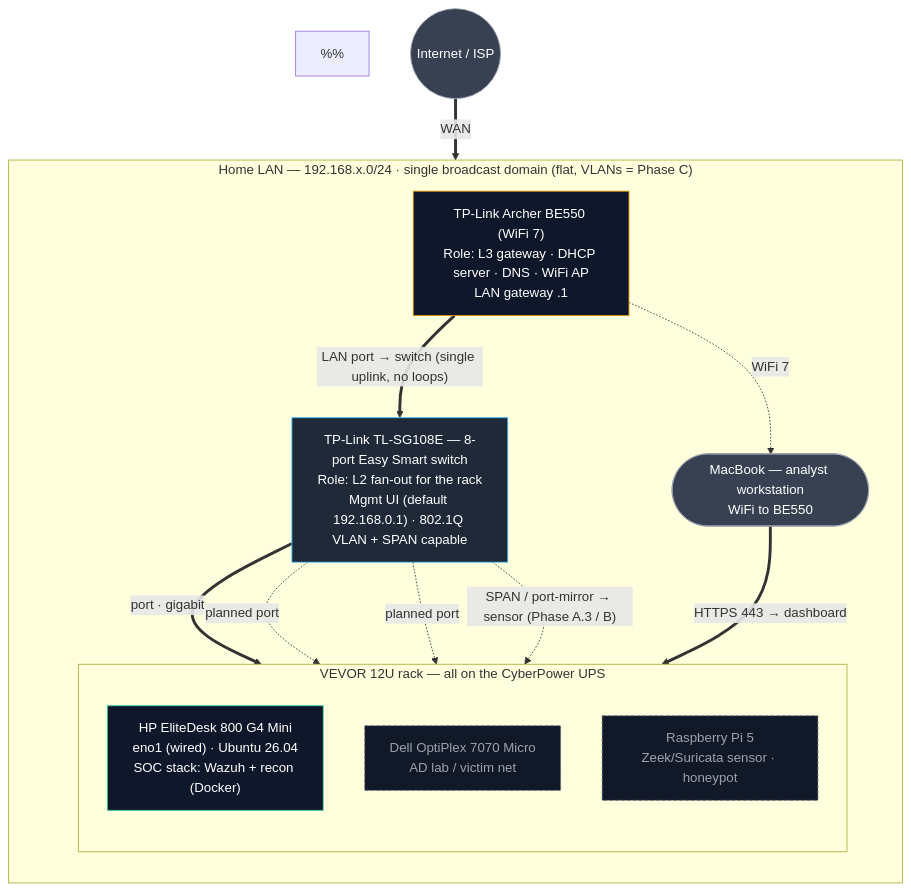
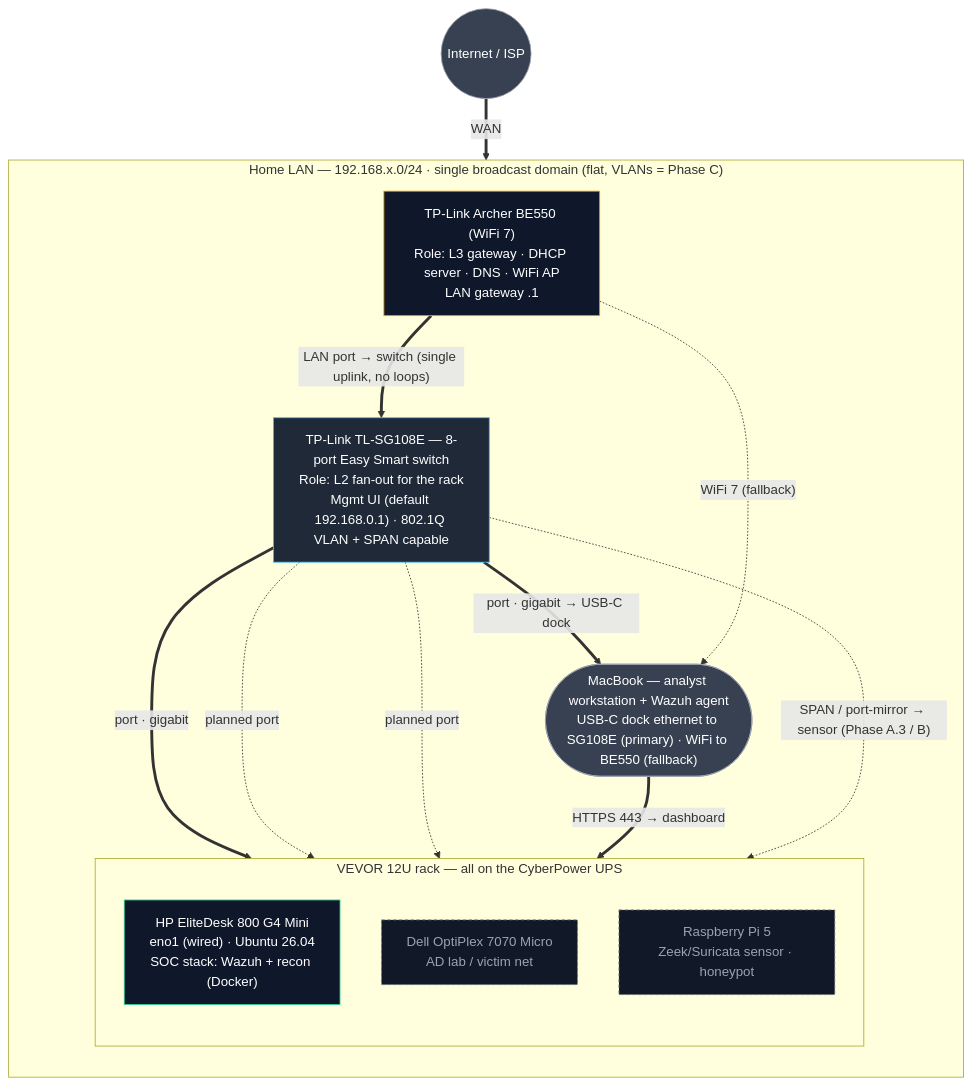
The diagram in phase-a-foundation/network-topology.mmd (ktalons/talonsoclab), drawn with Mermaid before and after one commit.

Commit message:
docs: MacBook wired into the SG108E via dock ethernet
The analyst workstation was WiFi-only to the BE550. A USB-C dock ethernet
run now lands it on a switch port, and macOS service order puts that
interface above WiFi, so it holds the default route with WiFi idle as
fallback.

Diagram changes: solid gigabit edge Switch -> Mac, WiFi demoted to a
dashed fallback edge, Mac node labelled as a Wazuh agent. Legend now
says dashed covers wireless as well as planned, which is what it already
meant for the WiFi edge.

No Wazuh work was needed. Agent 003 is registered `any` and the manager
runs use_source_ip: no, so the address change is transparent -- verified
Active with a current keep-alive and the phase-a-macos shared hash
intact.

Also drops a bare `%%` line that mermaid was parsing as a node rather
than a comment, drawing an empty box in the rendered output.

```diff
--- a/phase-a-foundation/network-topology.mmd
+++ b/phase-a-foundation/network-topology.mmd
@@ -1,48 +1,48 @@
 flowchart TB
 %% TalonSocLab — Physical / L2 network topology (home-lab edition)
 %% Companion to architecture.mmd (which is the *container* topology).
 %% This diagram is the WIRING: what plugs into what, and at which layer.
-%%
-%% Legend: solid = wired now · dashed = planned (Dell AD lab, Pi sensor, SPAN, VLANs)
+%% Legend: solid = wired now · dashed = planned (Dell AD lab, Pi sensor, SPAN, VLANs) or wireless
 %% Gateway/DHCP/DNS all live on the BE550 (L3). The SG108E is L2 fan-out.
 
     Internet((Internet / ISP))
 
     subgraph LAN["Home LAN — 192.168.x.0/24 · single broadcast domain (flat, VLANs = Phase C)"]
         direction TB
 
         Router["TP-Link Archer BE550 (WiFi 7)<br/>Role: L3 gateway · DHCP server · DNS · WiFi AP<br/>LAN gateway .1"]
 
         Switch["TP-Link TL-SG108E — 8-port Easy Smart switch<br/>Role: L2 fan-out for the rack<br/>Mgmt UI (default 192.168.0.1) · 802.1Q VLAN + SPAN capable"]
 
         subgraph Rack["VEVOR 12U rack — all on the CyberPower UPS"]
             direction TB
             Elite["HP EliteDesk 800 G4 Mini<br/>eno1 (wired) · Ubuntu 26.04<br/>SOC stack: Wazuh + recon (Docker)"]
             Dell["Dell OptiPlex 7070 Micro<br/>AD lab / victim net"]
             Pi["Raspberry Pi 5<br/>Zeek/Suricata sensor · honeypot"]
         end
 
-        Mac(["MacBook — analyst workstation<br/>WiFi to BE550"])
+        Mac(["MacBook — analyst workstation + Wazuh agent<br/>USB-C dock ethernet to SG108E (primary) · WiFi to BE550 (fallback)"])
     end
 
     Internet ==>|WAN| Router
     Router ==>|"LAN port → switch (single uplink, no loops)"| Switch
     Switch ==>|"port · gigabit"| Elite
+    Switch ==>|"port · gigabit → USB-C dock"| Mac
     Switch -. "planned port" .-> Dell
     Switch -. "planned port" .-> Pi
-    Router -. "WiFi 7" .-> Mac
+    Router -. "WiFi 7 (fallback)" .-> Mac
     Mac ==>|"HTTPS 443 → dashboard"| Elite
 
     Switch -. "SPAN / port-mirror → sensor (Phase A.3 / B)" .-> Pi
 
     classDef net fill:#0f172a,stroke:#f59e0b,color:#fff
     classDef sw  fill:#1f2937,stroke:#38bdf8,color:#fff
     classDef host fill:#0f172a,stroke:#34d399,color:#fff
     classDef planned fill:#111827,stroke:#6b7280,color:#9ca3af,stroke-dasharray:4 3
     classDef ext fill:#374151,stroke:#9ca3af,color:#fff
 
     class Router net
     class Switch sw
     class Elite host
     class Dell,Pi planned
     class Internet,Mac ext
```
